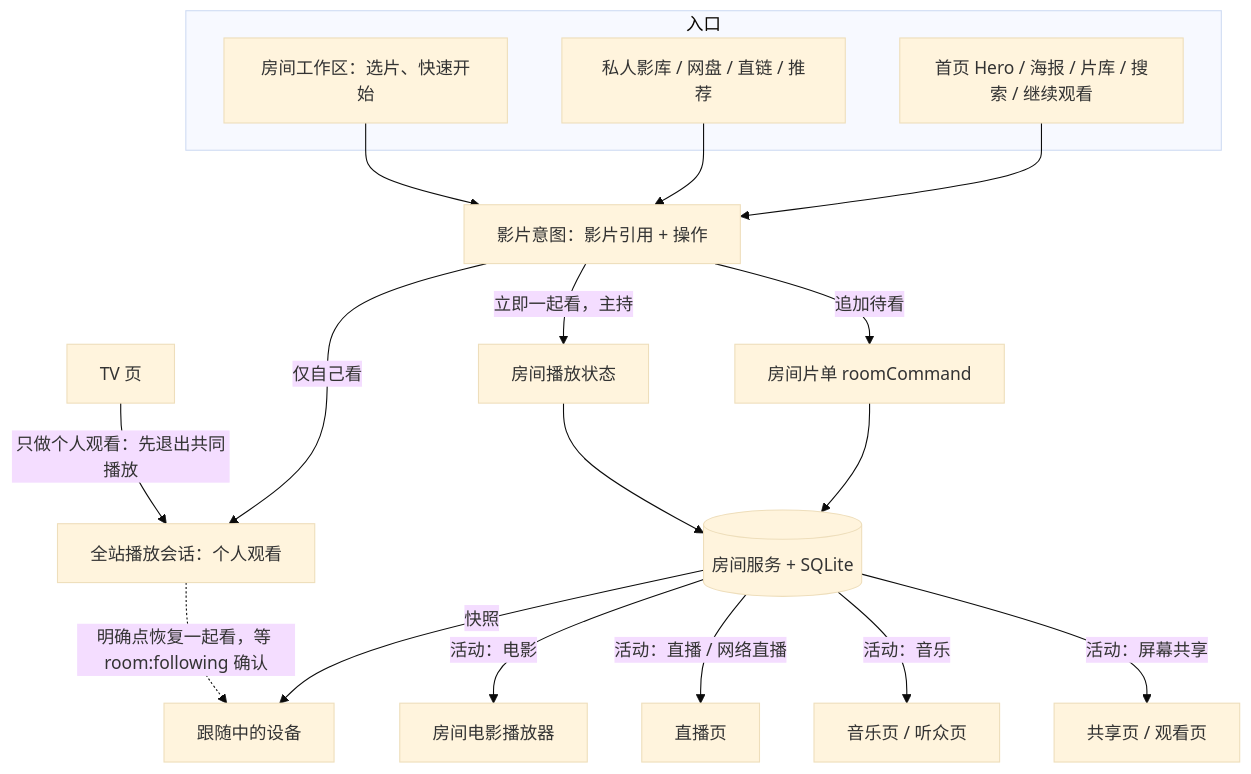
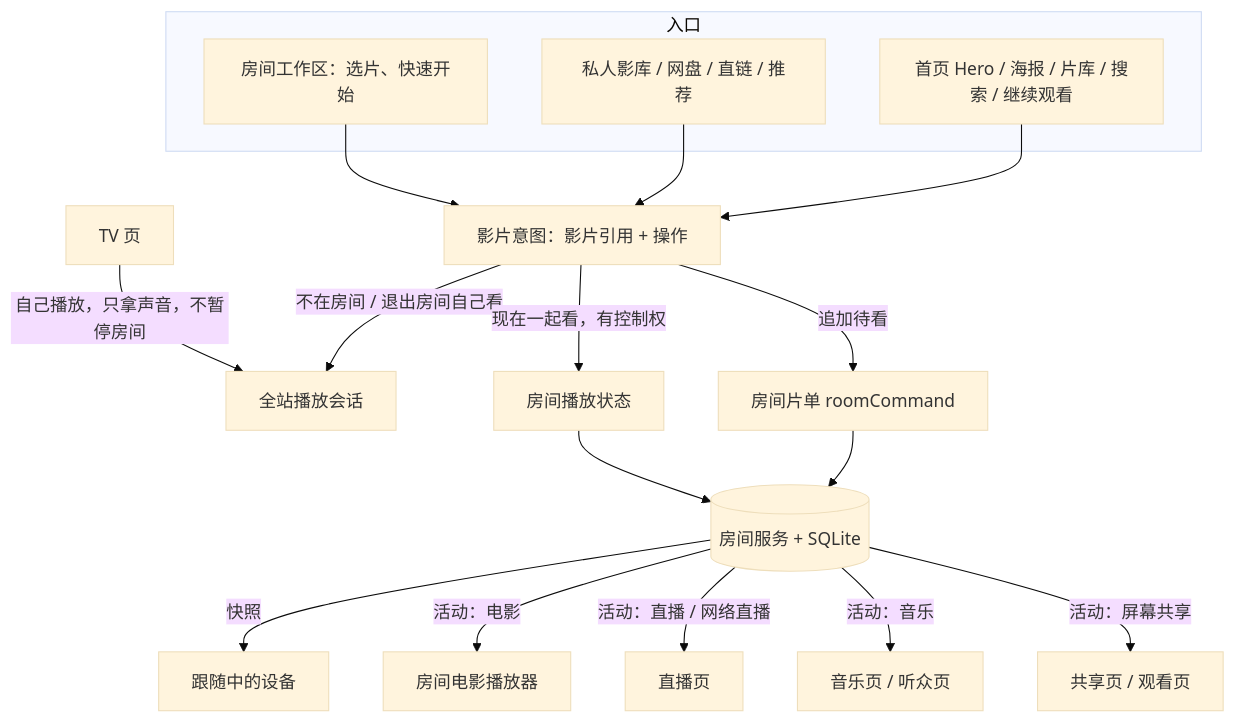
The second of 2 diagrams in docs/architecture.md (XYL333FYQ/TongMuTVPlus), drawn with Mermaid (base theme) before and after one commit. The commit also changed other lines of this file and 3 other files, not shown here.

````diff
--- a/docs/architecture.md
+++ b/docs/architecture.md
@@ -62,22 +84,21 @@
 ```mermaid
 flowchart TD
   subgraph 入口
     H[首页 Hero / 海报 / 片库 / 搜索 / 继续观看]
     L[私人影库 / 网盘 / 直链 / 推荐]
     R[房间工作区：选片、快速开始]
   end
   H & L --> I[影片意图：影片引用 + 操作]
   R --> I
-  I -->|仅自己看| P[全站播放会话：个人观看]
+  I -->|不在房间 / 退出房间自己看| P[全站播放会话]
   I -->|追加待看| Q[房间片单 roomCommand]
-  I -->|立即一起看，主持| S[房间播放状态]
+  I -->|现在一起看，有控制权| S[房间播放状态]
   Q --> RS[(房间服务 + SQLite)]
   S --> RS
   RS -->|快照| F[跟随中的设备]
-  P -.->|明确点恢复一起看，等 room:following 确认| F
   RS -->|活动：电影| M[房间电影播放器]
   RS -->|活动：直播 / 网络直播| LV[直播页]
   RS -->|活动：音乐| MU[音乐页 / 听众页]
   RS -->|活动：屏幕共享| SC[共享页 / 观看页]
-  TV[TV 页] -->|只做个人观看：先退出共同播放| P
+  TV[TV 页] -->|自己播放，只拿声音，不暂停房间| P
 ```
````
